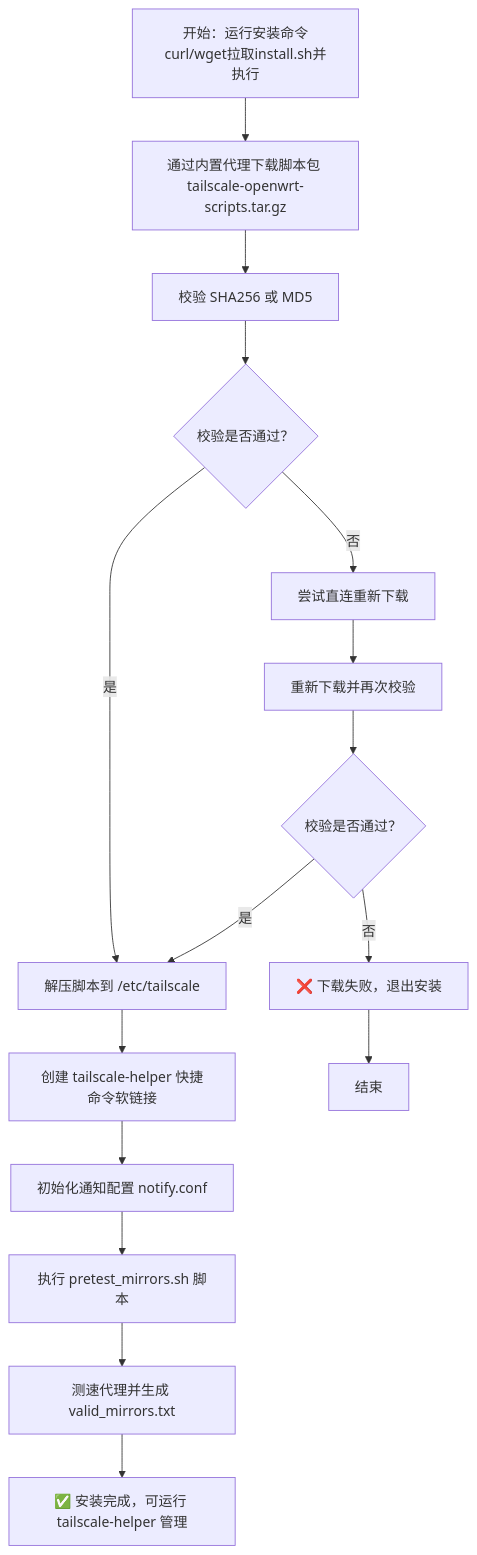
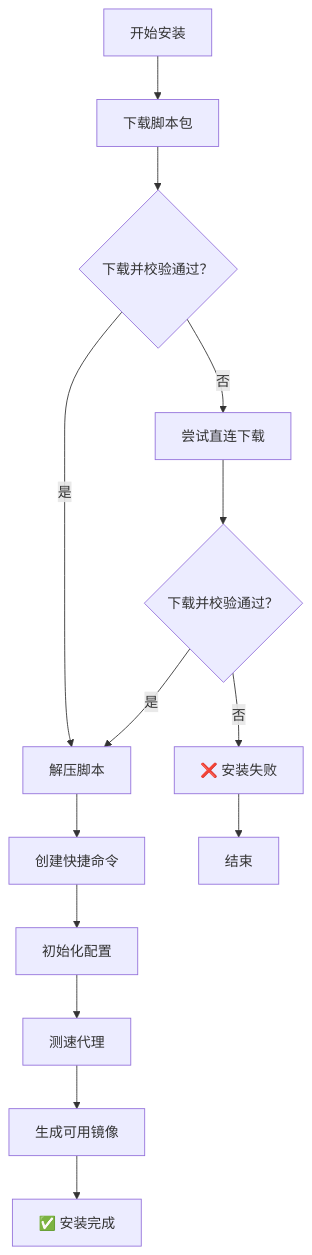
Before and after one commit to jion-l/small-tailscale-openwrt: the diagram in README.md, drawn with Mermaid. The commit also changed other lines of this file, not shown here.

````diff
--- a/README.md
+++ b/README.md
@@ -44,20 +45,18 @@
 ```mermaid
 graph TD
-    A[开始：运行安装命令<br>curl/wget拉取install.sh并执行] --> B[通过内置代理下载脚本包 tailscale-openwrt-scripts.tar.gz]
-    B --> C[校验 SHA256 或 MD5]
-    C --> D{校验是否通过？}
-    D -->|是| E[解压脚本到 /etc/tailscale]
-    D -->|否| F[尝试直连重新下载]
-    F --> G[重新下载并再次校验]
-    G --> H{校验是否通过？}
+    A[开始安装] --> B[下载脚本包]
+    B --> D{下载并校验通过？}
+    D -->|是| E[解压脚本]
+    D -->|否| F[尝试直连下载]
+    F --> H{下载并校验通过？}
     H -->|是| E
-    H -->|否| X[❌ 下载失败，退出安装]
-
-    E --> I[创建 tailscale-helper 快捷命令软链接]
-    I --> J[初始化通知配置 notify.conf]
-    J --> K[执行 pretest_mirrors.sh 脚本]
-    K --> L[测速代理并生成 valid_mirrors.txt]
-    L --> Y[✅ 安装完成，可运行 tailscale-helper 管理]
-
+    H -->|否| X[❌ 安装失败]
+    
+    E --> I[创建快捷命令]
+    I --> J[初始化配置]
+    J --> K[测速代理]
+    K --> L[生成可用镜像]
+    L --> Y[✅ 安装完成]
+    
     X --> Z[结束]
 ```
````
